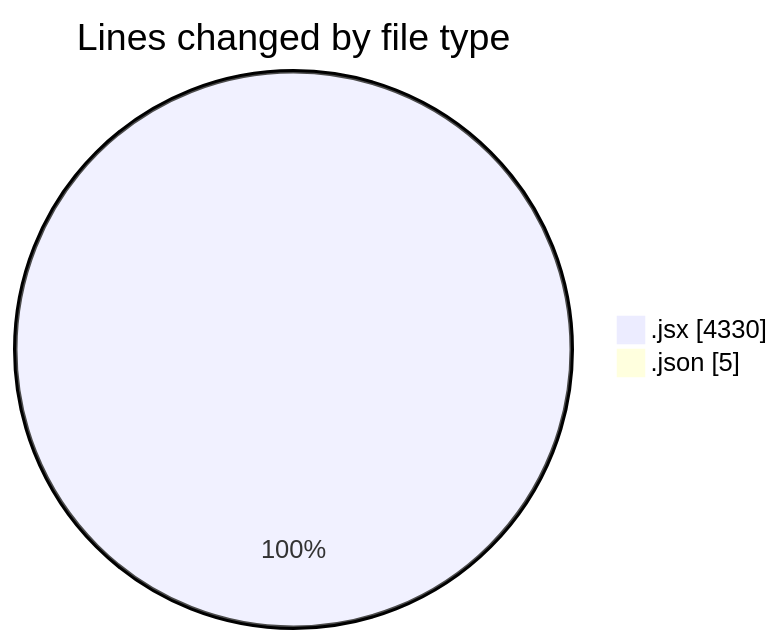
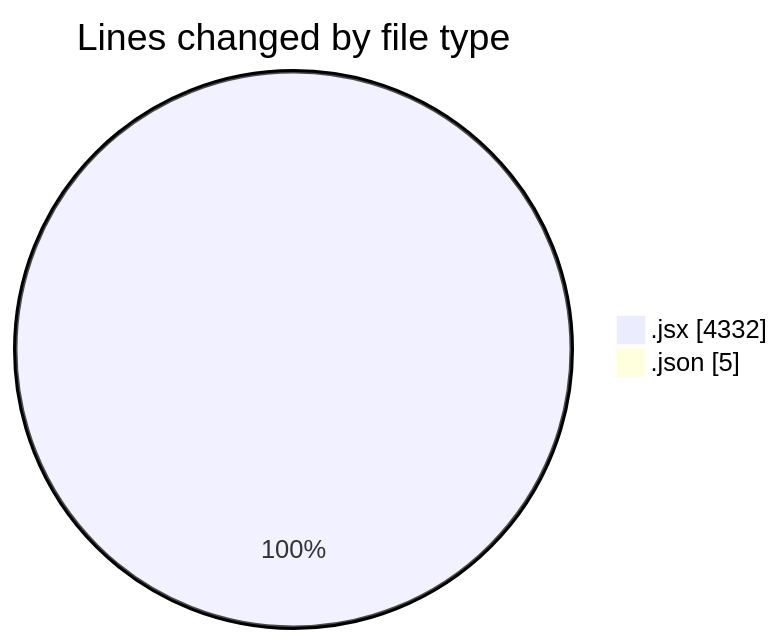
The first of 2 diagrams in 2025-11-18/nxtqube_webapp/README.md (nxtqubesakshisongat/code-tracking), drawn with Mermaid before and after one commit. The commit also changed other lines of this file and 1 other file, not shown here.

````diff
--- a/2025-11-18/nxtqube_webapp/README.md
+++ b/2025-11-18/nxtqube_webapp/README.md
@@ -25,6 +25,6 @@
 ```mermaid
 pie showData
 title Lines changed by file type
-".jsx" : 4330
+".jsx" : 4332
 ".json" : 5
 ```
````
